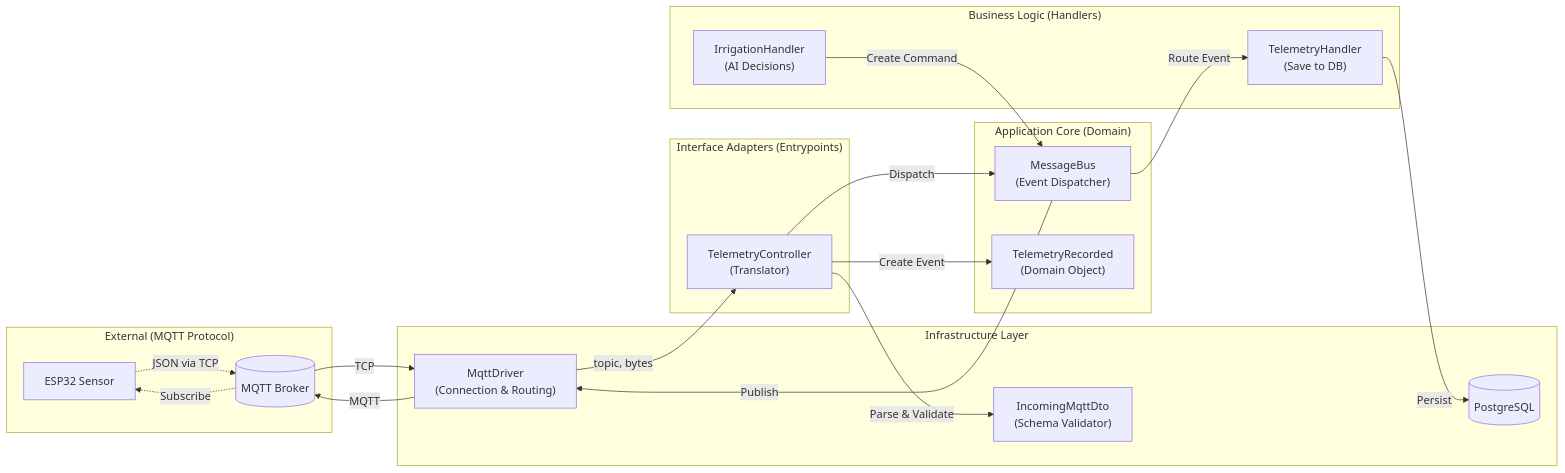
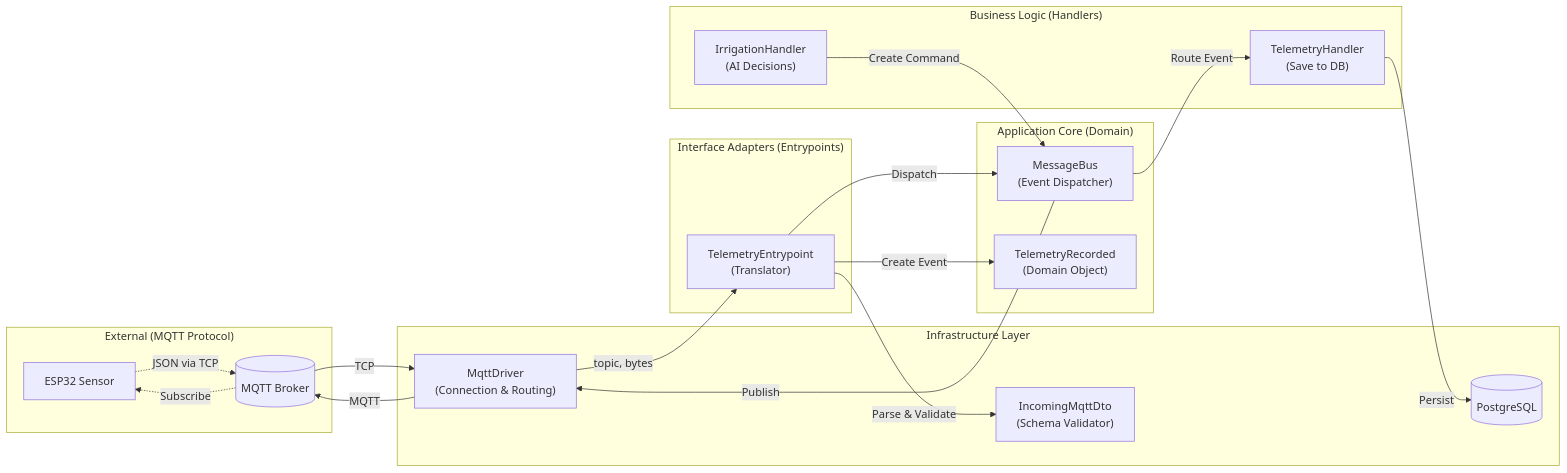
The first of 4 diagrams in Backend/docs/architecture_diagram.md (liamher1/Smart_Greenhouse), drawn with Mermaid before and after one commit. The commit also changed other lines of this file and 4 other files, not shown here.

Commit message:
Refactor telemetry entrypoint: rename TelemetryController to TelemetryEntrypoint, update method names, and enhance documentation

````diff
--- a/Backend/docs/architecture_diagram.md
+++ b/Backend/docs/architecture_diagram.md
@@ -5,40 +5,40 @@
 ```mermaid
 graph LR
     subgraph "External (MQTT Protocol)"
         Device[ESP32 Sensor]
         Broker[(MQTT Broker)]
     end
     
     subgraph "Infrastructure Layer"
         Adapter["MqttDriver<br/>(Connection & Routing)"]
         Schema["IncomingMqttDto<br/>(Schema Validator)"]
         DB[(PostgreSQL)]
     end
     
     subgraph "Interface Adapters (Entrypoints)"
-        TelEntry["TelemetryController<br/>(Translator)"]
+        TelEntry["TelemetryEntrypoint<br/>(Translator)"]
     end
     
     subgraph "Application Core (Domain)"
         Bus["MessageBus<br/>(Event Dispatcher)"]
         Event["TelemetryRecorded<br/>(Domain Object)"]
     end
     
     subgraph "Business Logic (Handlers)"
         TelHandler["TelemetryHandler<br/>(Save to DB)"]
         IrrHandler["IrrigationHandler<br/>(AI Decisions)"]
     end
     
     Device -.->|JSON via TCP| Broker
     Broker -->|TCP| Adapter
     Adapter -->|topic, bytes| TelEntry
     TelEntry -->|Parse & Validate| Schema
     TelEntry -->|Create Event| Event
     TelEntry -->|Dispatch| Bus
     Bus -->|Route Event| TelHandler
     TelHandler -->|Persist| DB
     IrrHandler -->|Create Command| Bus
     Bus -->|Publish| Adapter
     Adapter -->|MQTT| Broker
     Broker -.->|Subscribe| Device
 ```
````
